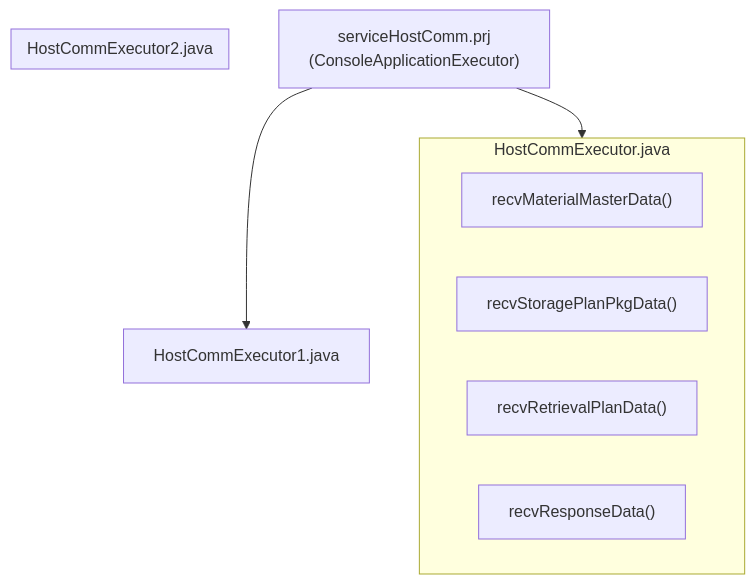
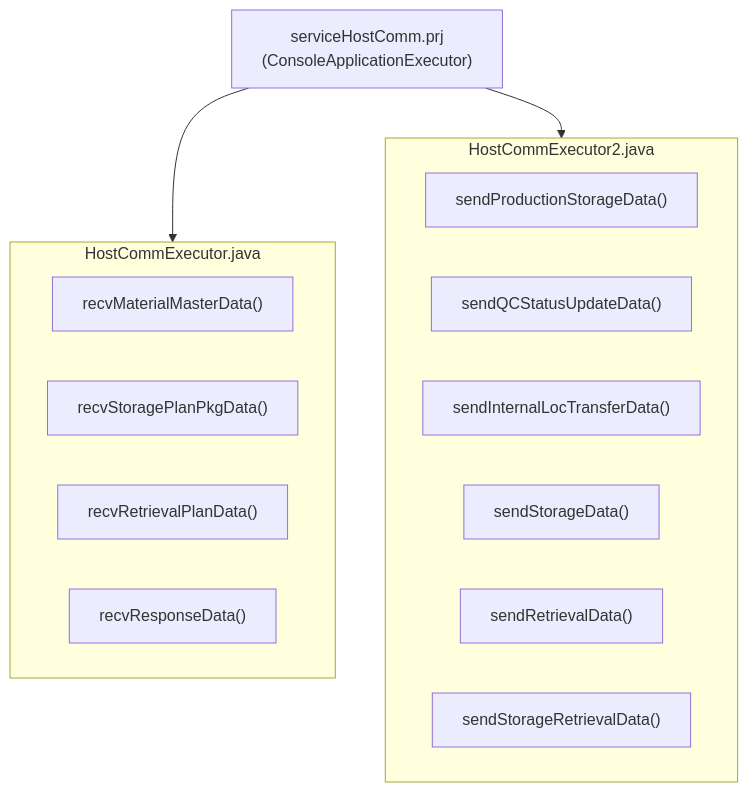
The diagram in Basic-Design/Host-Interfaces.md (luthfiadityaa/SimeDarby-Wiki), drawn with Mermaid before and after one commit. The commit also changed other lines of this file, not shown here.

Commit message:
Updated Host Interfaces

```diff
--- a/Basic-Design/Host-Interfaces.md
+++ b/Basic-Design/Host-Interfaces.md
@@ -30,21 +30,23 @@
 ::: mermaid
 flowchart TD
  C1["serviceHostComm.prj<br>(ConsoleApplicationExecutor)"]           
  C1 --> HostCommExecutor.java
-C1 --> HostCommExecutor1.java
+C1 --> HostCommExecutor2.java
 
 
 subgraph HostCommExecutor.java
  C2["recvMaterialMasterData()"]
  C3["recvStoragePlanPkgData()"]
  C4["recvRetrievalPlanData()"]
  C5["recvResponseData()"]
 end
 
 subgraph HostCommExecutor2.java
- C2["recvMaterialMasterData()"]
- C3["recvStoragePlanPkgData()"]
- C4["recvRetrievalPlanData()"]
- C5["recvResponseData()"]
+ C6["sendProductionStorageData()"]
+ C7["sendQCStatusUpdateData()"]
+ C8["sendInternalLocTransferData()"]
+ C9["sendStorageData()"]
+ C10["sendRetrievalData()"]
+ C11["sendStorageRetrievalData()"]
 end
 :::
```
